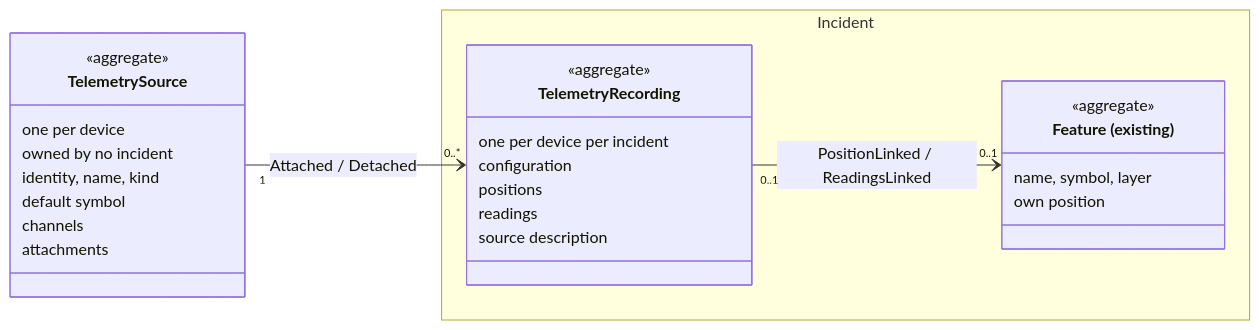
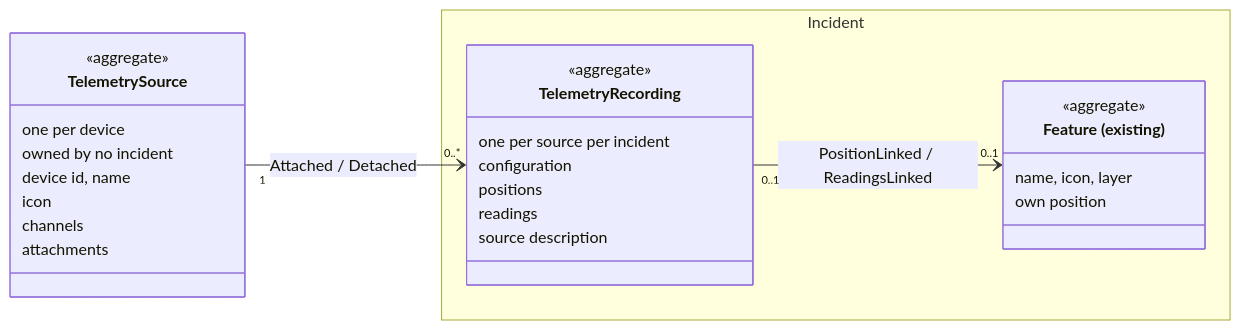
One commit to f-eld-ch/sitrep changed the first of 2 diagrams in docs/development/Automatic Telemetry Events.md. Above: the diagram before and after it, drawn with Mermaid. The commit also changed other lines of this file, not shown here.

````diff
--- a/docs/development/Automatic Telemetry Events.md
+++ b/docs/development/Automatic Telemetry Events.md
@@ -21,30 +21,30 @@
 ```mermaid
 classDiagram
     direction LR
     class TelemetrySource {
         <<aggregate>>
         one per device
         owned by no incident
-        identity, name, kind
-        default symbol
+        device id, name
+        icon
         channels
         attachments
     }
     namespace Incident {
         class TelemetryRecording {
             <<aggregate>>
-            one per device per incident
+            one per source per incident
             configuration
             positions
             readings
             source description
         }
         class Feature["Feature (existing)"] {
             <<aggregate>>
-            name, symbol, layer
+            name, icon, layer
             own position
         }
     }
     TelemetrySource "1" --> "0..*" TelemetryRecording : Attached / Detached
     TelemetryRecording "0..1" --> "0..1" Feature : PositionLinked / ReadingsLinked
 ```
````
